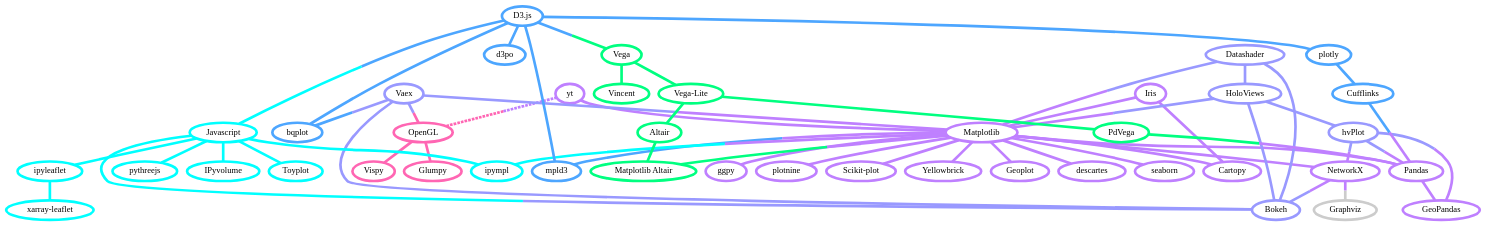
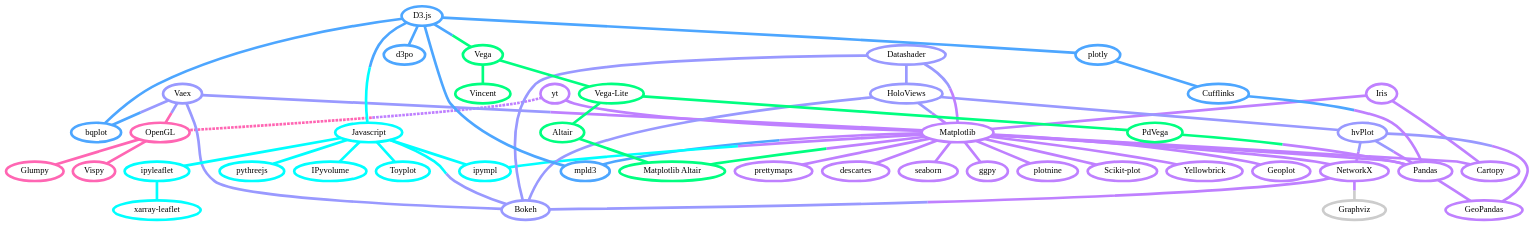
Before and after one commit to veit/pyviz-tutorial-de: the diagram in docs/overview.rst, drawn with Graphviz. The commit also changed other lines of this file, not shown here.

Commit message:
Add prettymaps

```diff
--- a/docs/overview.rst
+++ b/docs/overview.rst
@@ -61,6 +61,12 @@
             color="#BF80FF",
             target="_top",
             href="https://residentmario.github.io/geoplot/index.html"]
+        prettymaps [
+            label="prettymaps",
+            tooltip="Python-Bibliothek zum Zeichnen benutzerdefinierter Karten aus OpenStreetMap-Daten",
+            color="#BF80FF",
+            target="_top",
+            href="https://github.com/marceloprates/prettymaps"]
         descartes [
             label="descartes",
             tooltip="Shapely- und GeoJSON-ähnliche Objekte als Matplotlib-Pfade",
@@ -130,6 +136,7 @@
         mpl -- pandas [color="#BF80FF"]
         pandas  -- geopandas [color="#BF80FF"]
         mpl -- geoplot [color="#BF80FF"]
+        mpl -- prettymaps [color="#BF80FF"]
         mpl -- descartes [color="#BF80FF"]
         mpl -- seaborn [color="#BF80FF"]
         mpl -- ggpy [color="#BF80FF"]
```
